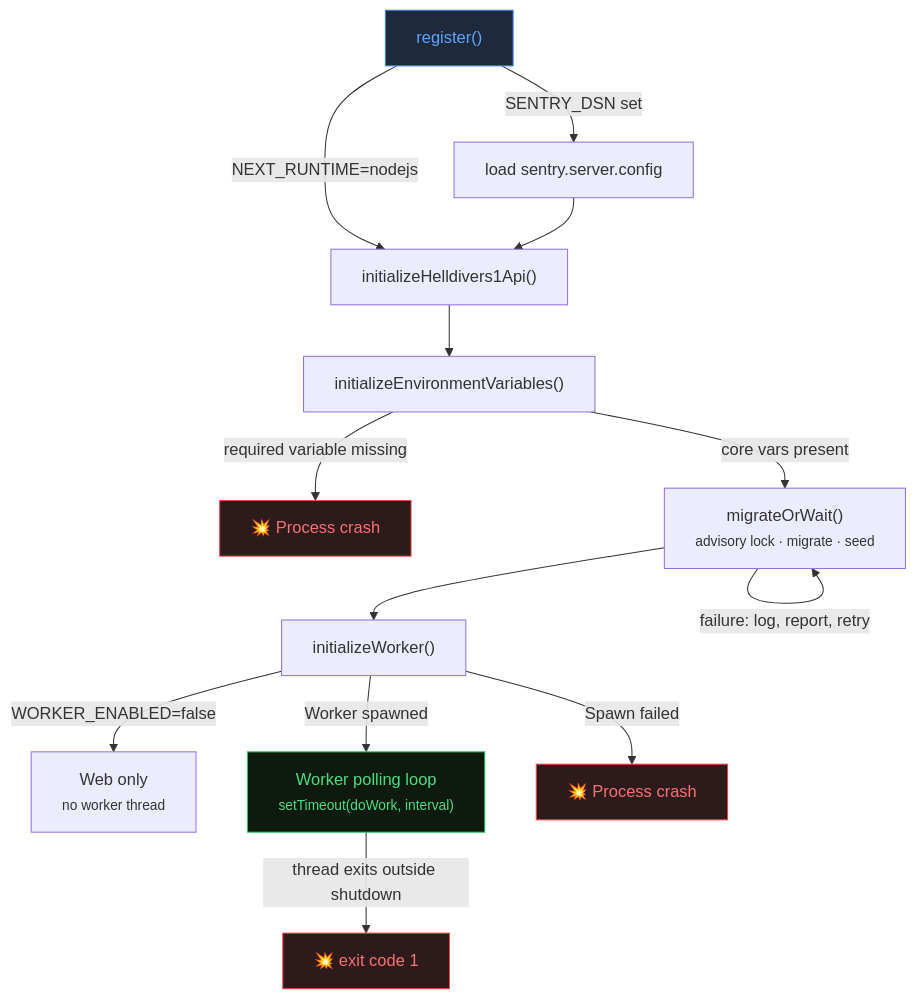
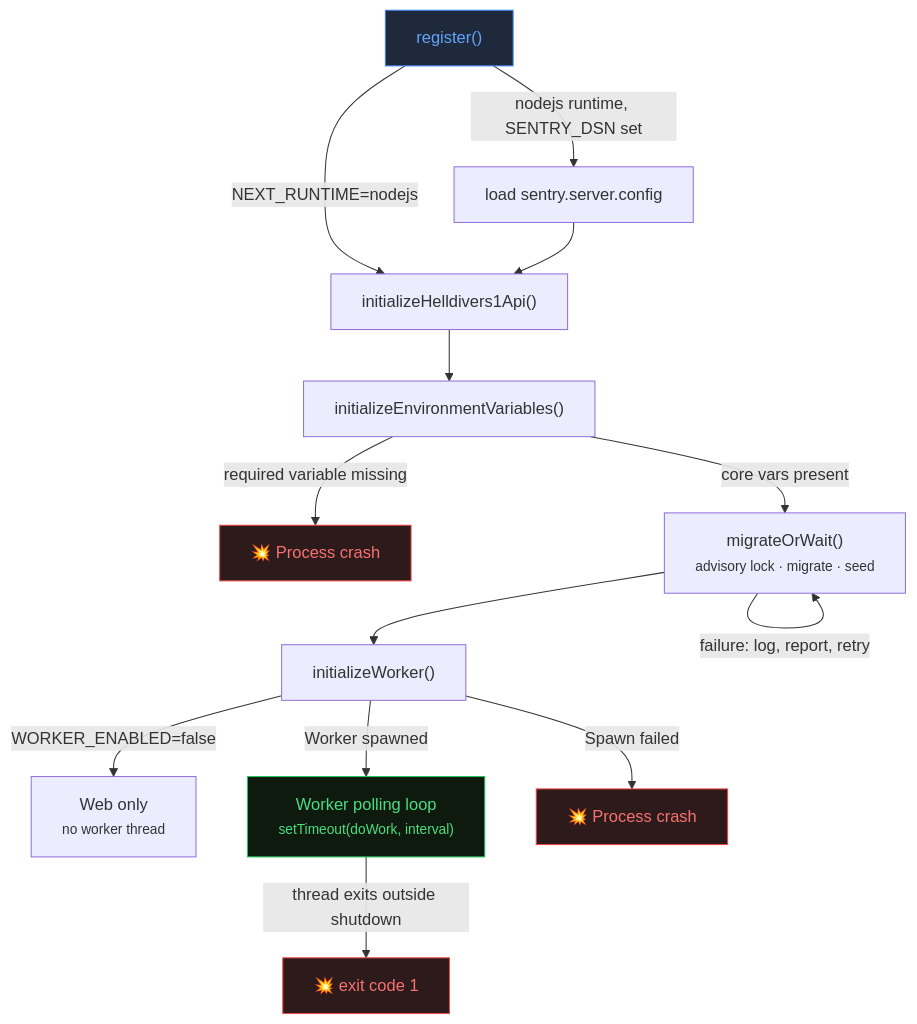
One commit to elfensky/helldivers.bot changed the third of 3 diagrams in src/app/docs/infrastructure/page.mdx. Above: the diagram before and after it, drawn with Mermaid. The commit also changed other lines of this file, not shown here.

````diff
--- a/src/app/docs/infrastructure/page.mdx
+++ b/src/app/docs/infrastructure/page.mdx
@@ -308,21 +308,21 @@
 ```mermaid
 graph TD
-    REG["register()"] -->|"SENTRY_DSN set"| SENTRY["load sentry.server.config"]
+    REG["register()"] -->|"nodejs runtime, SENTRY_DSN set"| SENTRY["load sentry.server.config"]
     REG -->|"NEXT_RUNTIME=nodejs"| INIT["initializeHelldivers1Api()"]
     SENTRY --> INIT
     INIT --> ENV["initializeEnvironmentVariables()"]
     ENV -->|"required variable missing"| CRASH1["💥 Process crash"]
     ENV -->|"core vars present"| MIG["migrateOrWait()<br/><small>advisory lock · migrate · seed</small>"]
     MIG -->|"failure: log, report, retry"| MIG
     MIG --> WORKER["initializeWorker()"]
     WORKER -->|"WORKER_ENABLED=false"| WEB["Web only<br/><small>no worker thread</small>"]
     WORKER -->|"Worker spawned"| POLL["Worker polling loop<br/><small>setTimeout(doWork, interval)</small>"]
     WORKER -->|"Spawn failed"| CRASH3["💥 Process crash"]
     POLL -->|"thread exits outside shutdown"| CRASH4["💥 exit code 1"]
 
     style REG fill:#1e293b,stroke:#3b82f6,color:#60a5fa
     style CRASH1 fill:#2d1b1b,stroke:#ef4444,color:#f87171
     style CRASH3 fill:#2d1b1b,stroke:#ef4444,color:#f87171
     style CRASH4 fill:#2d1b1b,stroke:#ef4444,color:#f87171
     style POLL fill:#0f1a0f,stroke:#22c55e,color:#4ade80
 ```
````
